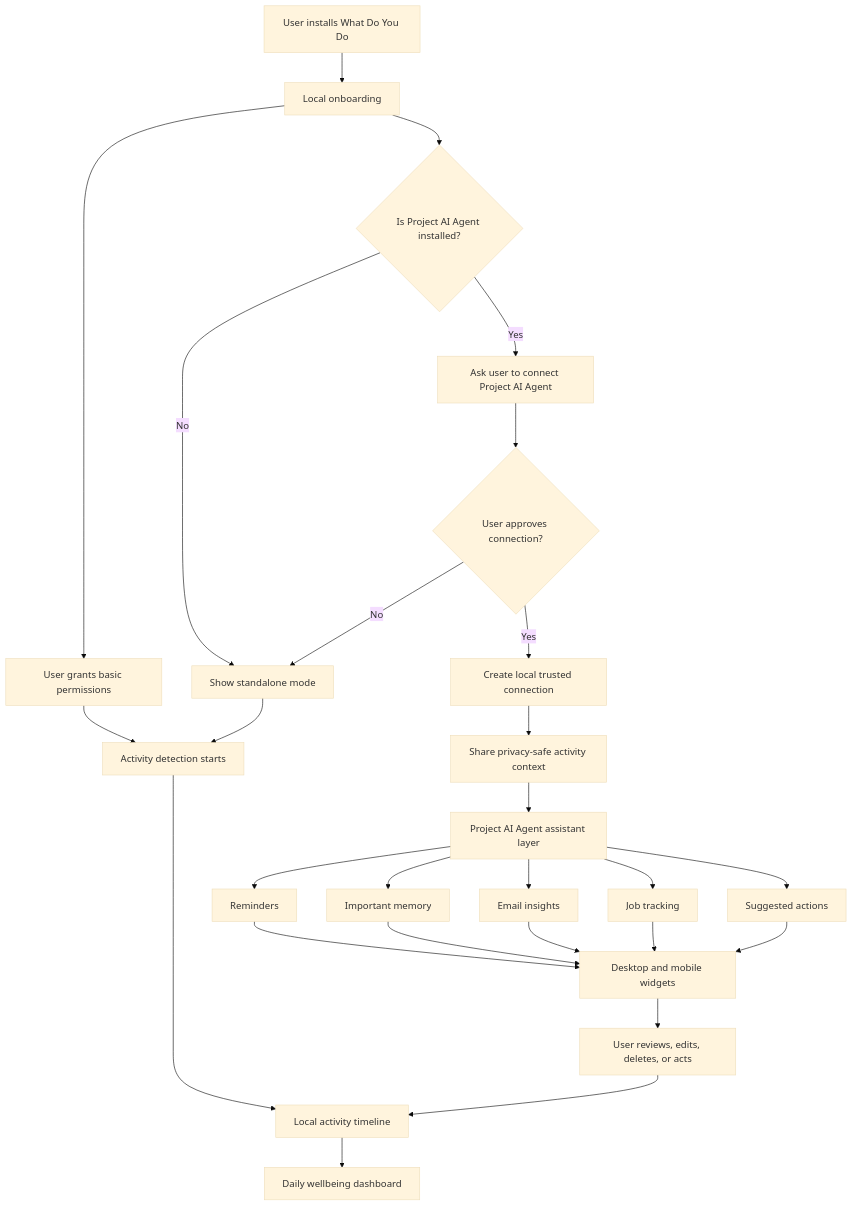
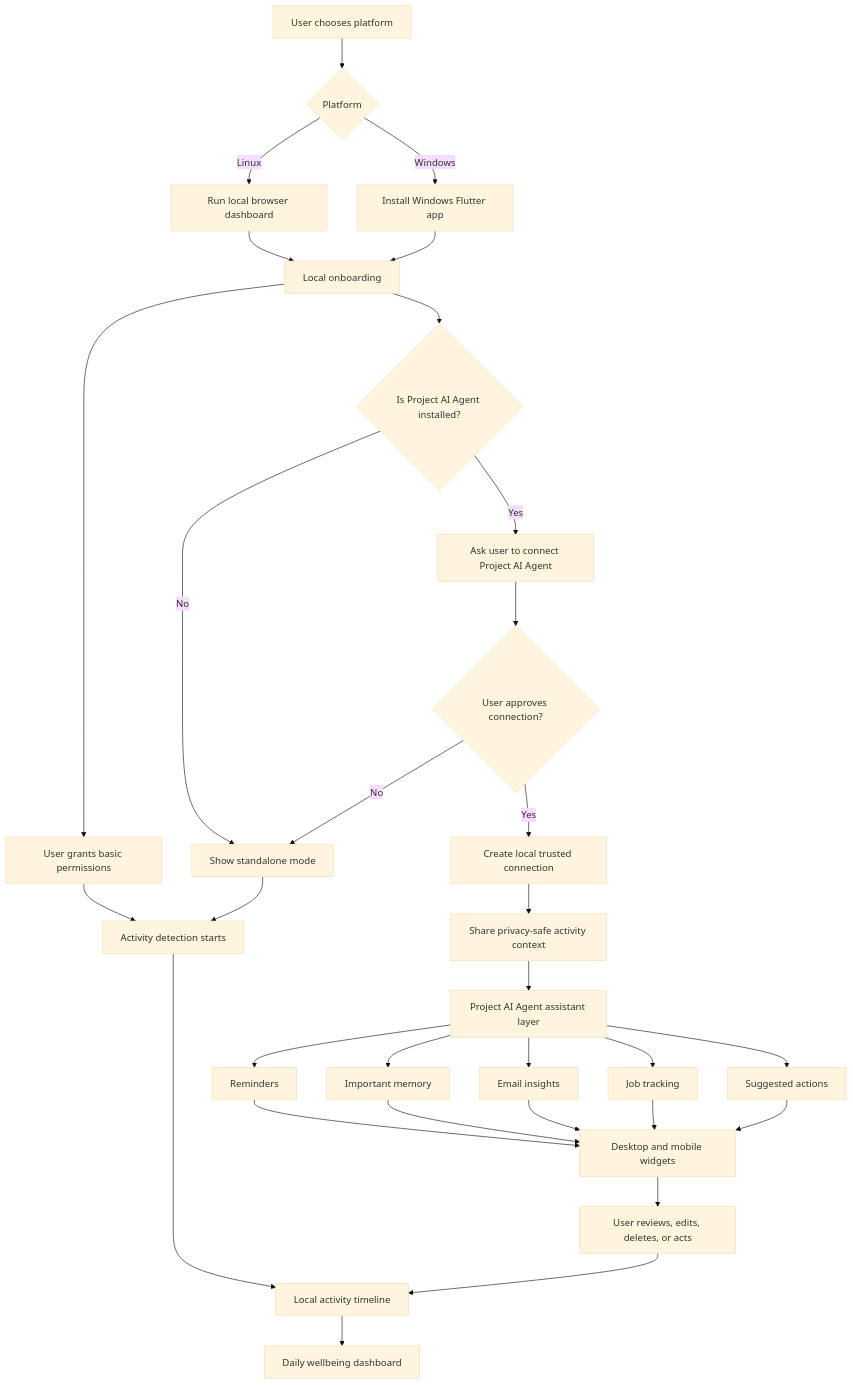
The first of 6 diagrams in projects/architecture.md (AnuranjanJain/what-do-you-do), drawn with Mermaid (base theme) before and after one commit. The commit also changed other lines of this file and 3 other files, not shown here.

Commit message:
docs: clarify Linux browser and Windows app split

````diff
--- a/projects/architecture.md
+++ b/projects/architecture.md
@@ -14,35 +21,39 @@
 ```mermaid
 flowchart TD
-    A["User installs What Do You Do"] --> B["Local onboarding"]
+    A["User chooses platform"] --> Z{"Platform"}
+    Z -->|Linux| Y["Run local browser dashboard"]
+    Z -->|Windows| X["Install Windows Flutter app"]
+    Y --> B["Local onboarding"]
+    X --> B
     B --> C["User grants basic permissions"]
     C --> D["Activity detection starts"]
     D --> E["Local activity timeline"]
     E --> F["Daily wellbeing dashboard"]
 
     B --> G{"Is Project AI Agent installed?"}
     G -->|No| H["Show standalone mode"]
     H --> D
 
     G -->|Yes| I["Ask user to connect Project AI Agent"]
     I --> J{"User approves connection?"}
     J -->|No| H
     J -->|Yes| K["Create local trusted connection"]
 
     K --> L["Share privacy-safe activity context"]
     L --> M["Project AI Agent assistant layer"]
 
     M --> N["Reminders"]
     M --> O["Important memory"]
     M --> P["Email insights"]
     M --> Q["Job tracking"]
     M --> R["Suggested actions"]
 
     N --> S["Desktop and mobile widgets"]
     O --> S
     P --> S
     Q --> S
     R --> S
 
     S --> T["User reviews, edits, deletes, or acts"]
     T --> E
 ```
````
